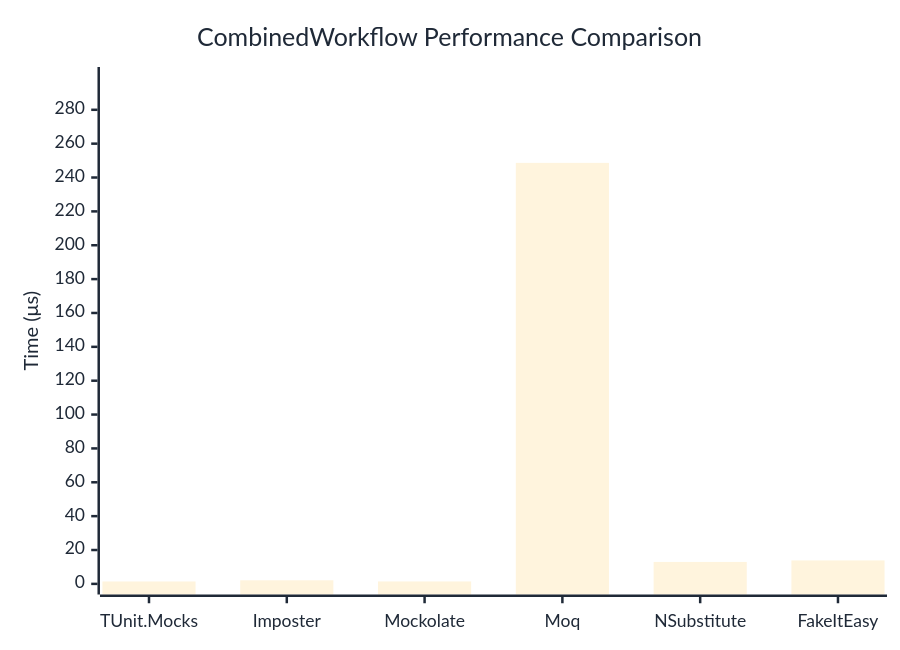
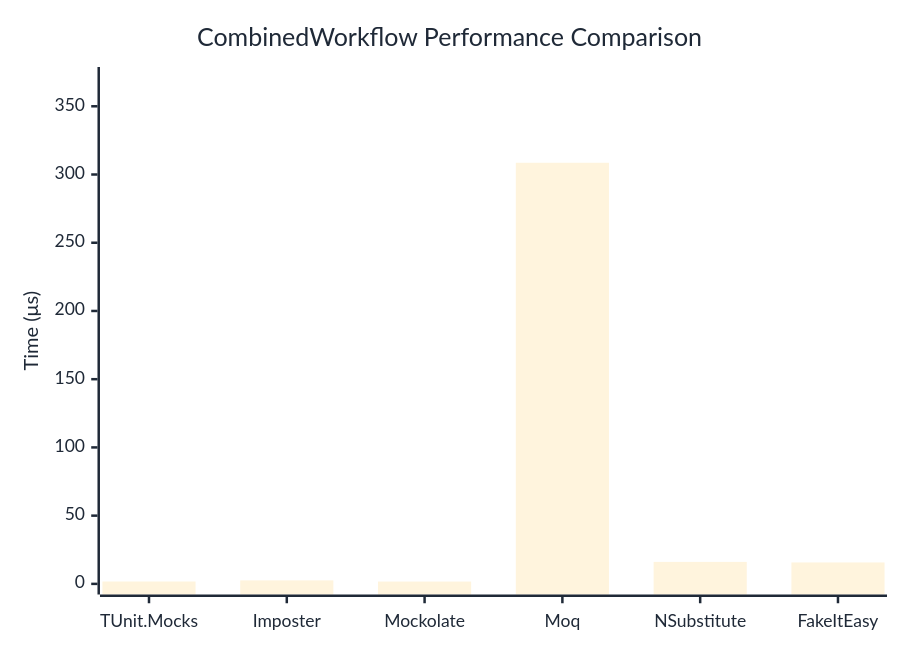
The diagram in docs/docs/benchmarks/mocks/CombinedWorkflow.md (thomhurst/TUnit), drawn with Mermaid before and after one commit. The commit also changed other lines of this file and 14 other files, not shown here.

````diff
--- a/docs/docs/benchmarks/mocks/CombinedWorkflow.md
+++ b/docs/docs/benchmarks/mocks/CombinedWorkflow.md
@@ -28,27 +28,27 @@
 ```mermaid
 %%{init: {
   'theme':'base',
   'themeVariables': {
     'primaryColor': '#2563eb',
     'primaryTextColor': '#1f2937',
     'primaryBorderColor': '#1e40af',
     'lineColor': '#6b7280',
     'secondaryColor': '#7c3aed',
     'tertiaryColor': '#dc2626',
     'background': '#ffffff',
     'pie1': '#2563eb',
     'pie2': '#7c3aed',
     'pie3': '#dc2626',
     'pie4': '#f59e0b',
     'pie5': '#10b981',
     'pie6': '#06b6d4',
     'pie7': '#ec4899',
     'pie8': '#6366f1'
   }
 }}%%
 xychart-beta
   title "CombinedWorkflow Performance Comparison"
   x-axis ["TUnit.Mocks", "Imposter", "Mockolate", "Moq", "NSubstitute", "FakeItEasy"]
-  y-axis "Time (μs)" 0 --> 299
-  bar [1.417, 2.111, 1.443, 248.642, 12.96, 13.85]
+  y-axis "Time (μs)" 0 --> 371
+  bar [1.734, 2.553, 1.696, 308.614, 16.093, 15.7]
 ```
````
